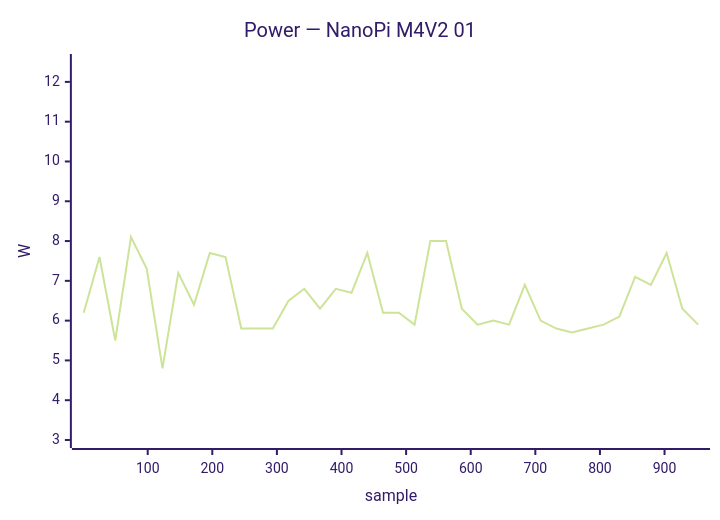
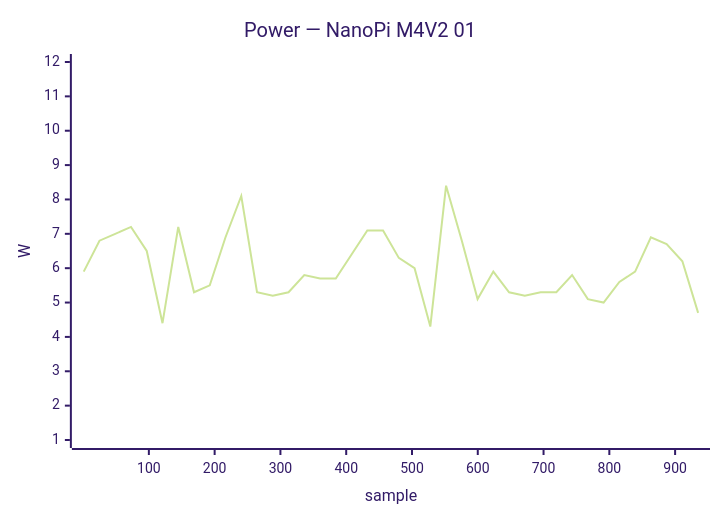
One commit to armbian/documentation changed diagram 17 of 48 in docs/status/board-tests.md. Above: the diagram before and after it, drawn with Mermaid (forest theme). The commit also changed other lines of this file, not shown here.

````diff
--- a/docs/status/board-tests.md
+++ b/docs/status/board-tests.md
@@ -676,7 +832,7 @@
 ```mermaid
 xychart-beta
     title "Power — NanoPi M4V2 01"
-    x-axis "sample" 1 --> 952
-    y-axis "W" 3.0 --> 12.5
-    line [6.2, 7.6, 5.5, 8.1, 7.3, 4.8, 7.2, 6.4, 7.7, 7.6, 5.8, 5.8, 5.8, 6.5, 6.8, 6.3, 6.8, 6.7, 7.7, 6.2, 6.2, 5.9, 8.0, 8.0, 6.3, 5.9, 6.0, 5.9, 6.9, 6.0, 5.8, 5.7, 5.8, 5.9, 6.1, 7.1, 6.9, 7.7, 6.3, 5.9]
+    x-axis "sample" 1 --> 935
+    y-axis "W" 1.0 --> 12.0
+    line [5.9, 6.8, 7.0, 7.2, 6.5, 4.4, 7.2, 5.3, 5.5, 6.9, 8.1, 5.3, 5.2, 5.3, 5.8, 5.7, 5.7, 6.4, 7.1, 7.1, 6.3, 6.0, 4.3, 8.4, 6.8, 5.1, 5.9, 5.3, 5.2, 5.3, 5.3, 5.8, 5.1, 5.0, 5.6, 5.9, 6.9, 6.7, 6.2, 4.7]
 ```
````
